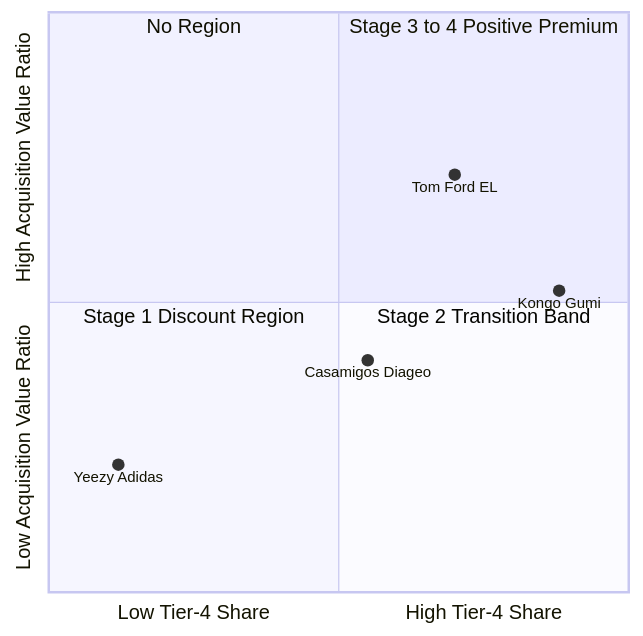
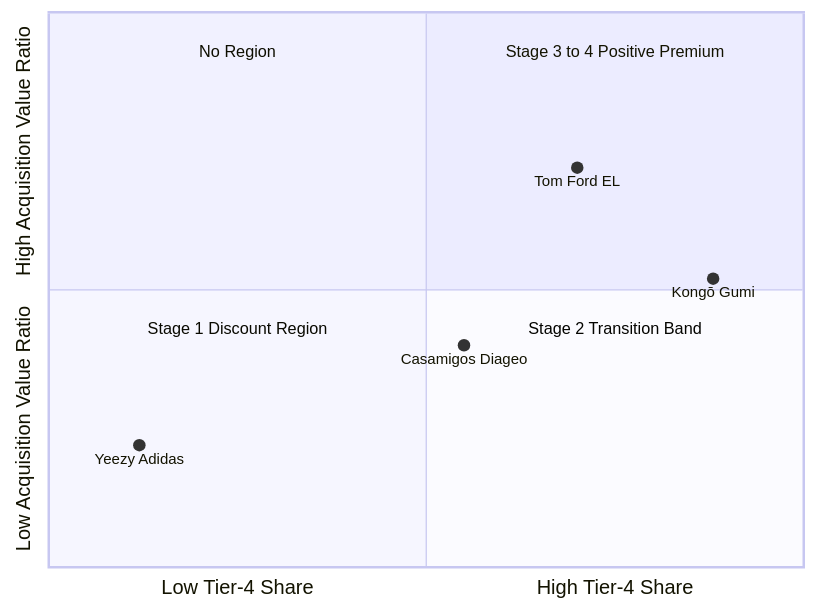
The diagram in tier-rotation/paper.md (spectralbranding/orgschema-papers), drawn with Mermaid before and after one commit. The commit also changed other lines of this file and 49 other files, not shown here.

````diff
--- a/tier-rotation/paper.md
+++ b/tier-rotation/paper.md
@@ -157,13 +160,14 @@
 ```{.mermaid width=75%}
+%%{init: {"quadrantChart": {"chartWidth": 640, "chartHeight": 480, "quadrantLabelFontSize": 13, "pointLabelFontSize": 12, "pointTextPadding": 6, "quadrantTextTopPadding": 26}}}%%
 quadrantChart
     x-axis Low Tier-4 Share --> High Tier-4 Share
     y-axis Low Acquisition Value Ratio --> High Acquisition Value Ratio
     quadrant-1 Stage 3 to 4 Positive Premium
     quadrant-2 No Region
     quadrant-3 Stage 1 Discount Region
     quadrant-4 Stage 2 Transition Band
     Yeezy Adidas: [0.12, 0.22]
     Casamigos Diageo: [0.55, 0.40]
     Tom Ford EL: [0.70, 0.72]
-    Kongo Gumi: [0.88, 0.52]
+    Kongō Gumi: [0.88, 0.52]
 ```
````
